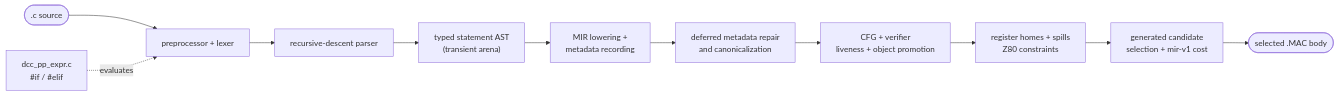
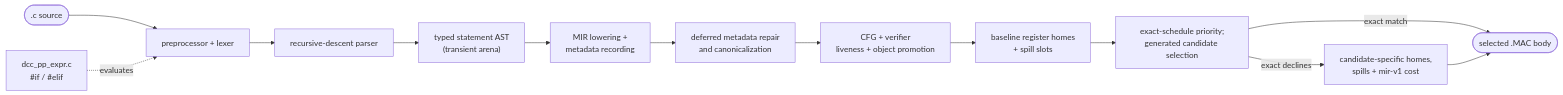
The second of 5 diagrams in docs/docs/en/appendix/00-architecture.md (davidly/dcc), drawn with Mermaid before and after one commit. The commit also changed other lines of this file, not shown here.

Commit message:
Align MIR architecture docs with selection flow

````diff
--- a/docs/docs/en/appendix/00-architecture.md
+++ b/docs/docs/en/appendix/00-architecture.md
@@ -77,13 +77,15 @@
 ```mermaid
 flowchart LR
     SRC([".c source"]) --> PP["preprocessor + lexer"]
     PPX["dcc_pp_expr.c<br/>#if / #elif"] -. evaluates .-> PP
     PP --> PARSE["recursive-descent parser"]
     PARSE --> AST["typed statement AST<br/>(transient arena)"]
     AST --> LOWER["MIR lowering +<br/>metadata recording"]
     LOWER --> REPAIR["deferred metadata repair<br/>and canonicalization"]
     REPAIR --> VERIFY["CFG + verifier<br/>liveness + object promotion"]
-    VERIFY --> ALLOC["register homes + spills<br/>Z80 constraints"]
-    ALLOC --> SELECT["generated candidate<br/>selection + mir-v1 cost"]
-    SELECT --> ASM(["selected .MAC body"])
+    VERIFY --> ALLOC["baseline register homes<br/>+ spill slots"]
+    ALLOC --> SELECT["exact-schedule priority;<br/>generated candidate selection"]
+    SELECT -- exact match --> ASM
+    SELECT -- exact declines --> CALLOC["candidate-specific homes,<br/>spills + mir-v1 cost"]
+    CALLOC --> ASM(["selected .MAC body"])
 ```
````
